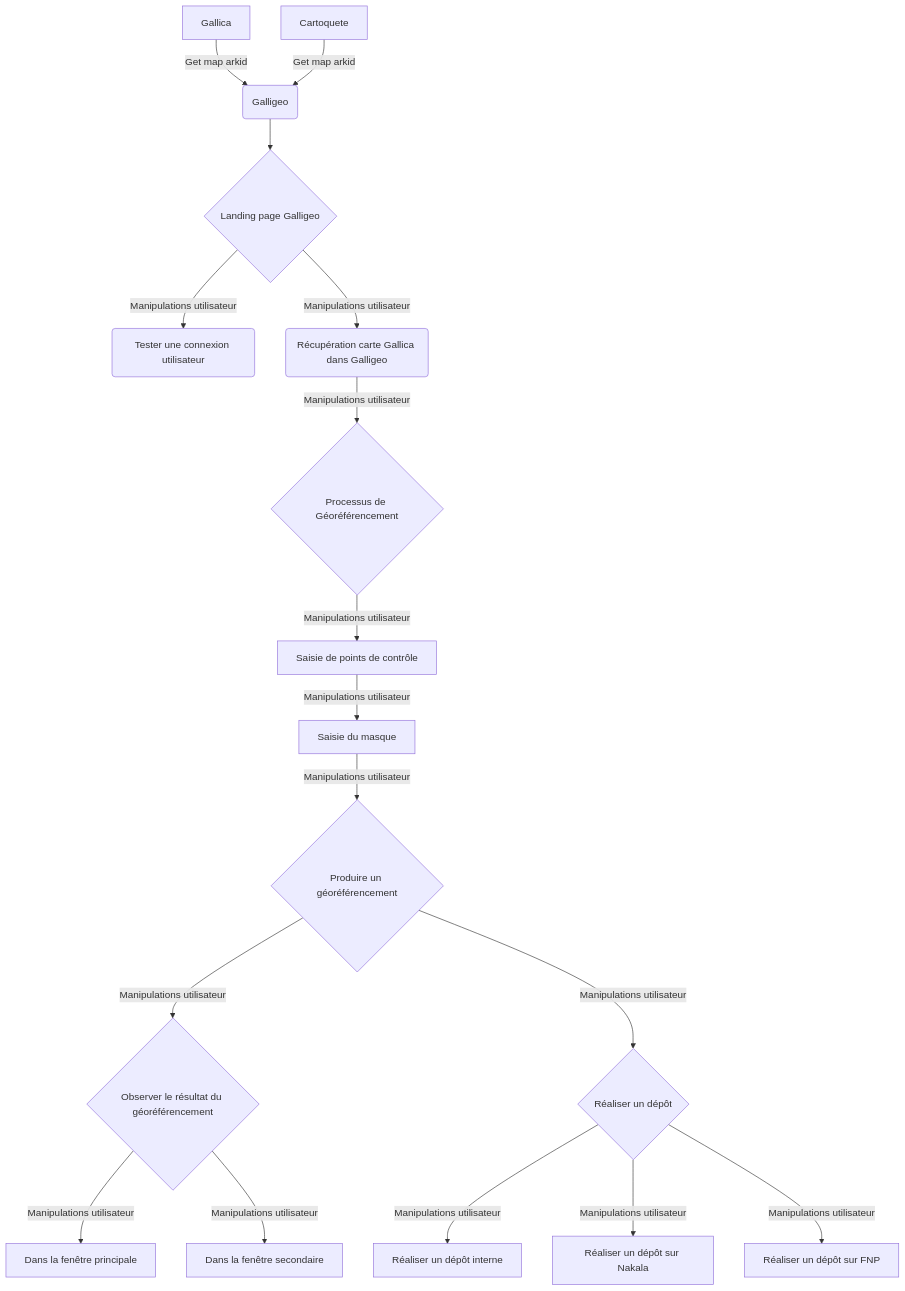
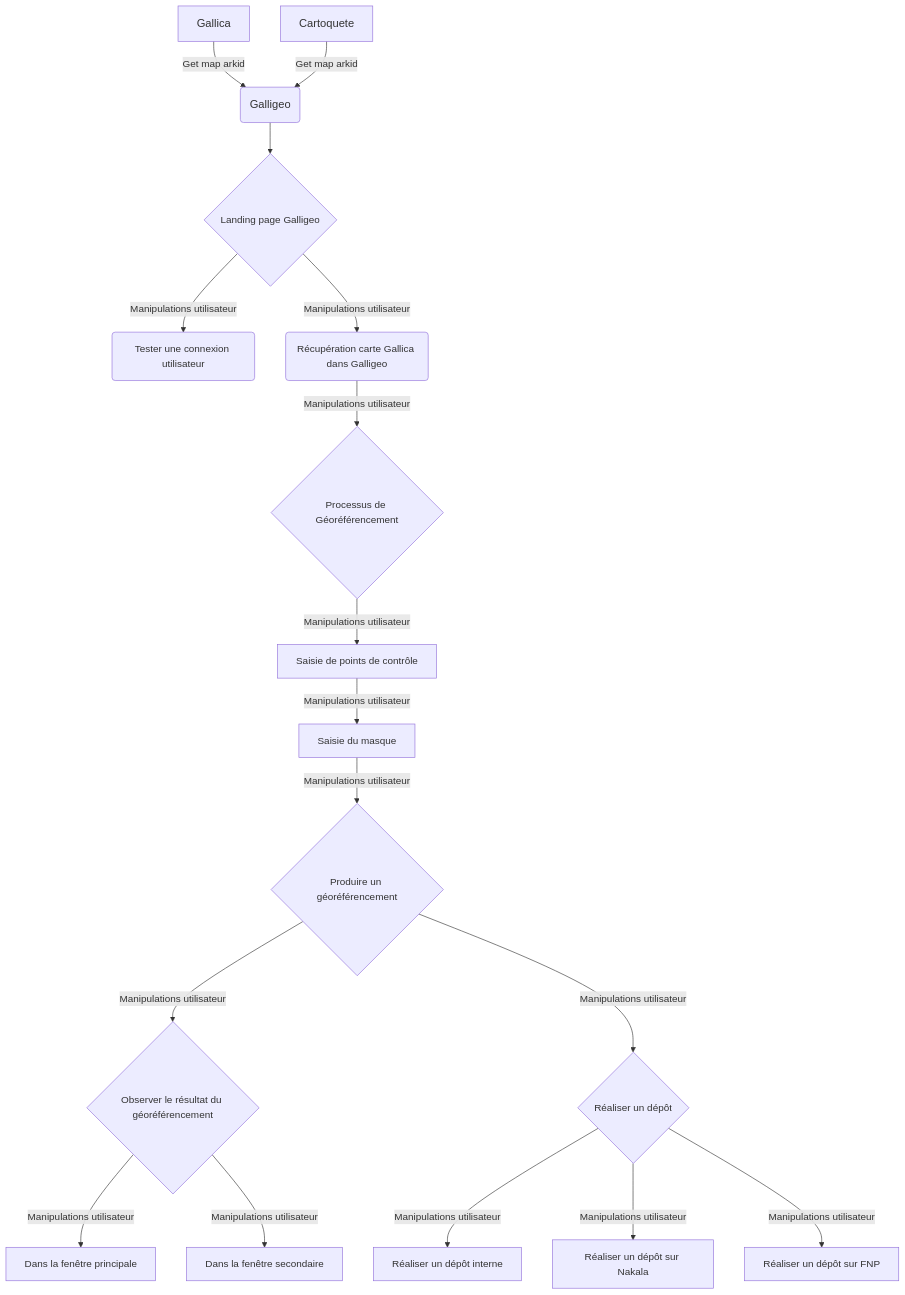
One commit to paristimemachine/galligeo changed the diagram in PARCOURS_UTILISATEURS.md. Above: the diagram before and after it, drawn with Mermaid.

Commit message:
police sizes

````diff
--- a/PARCOURS_UTILISATEURS.md
+++ b/PARCOURS_UTILISATEURS.md
@@ -3,19 +3,22 @@
 ```mermaid
 flowchart TD
+    style A1 font-size:18px
+    style A2 font-size:18px
+    style B font-size:18px
     A1[Gallica] -->|Get map arkid| B(Galligeo)
     A2[Cartoquete] -->|Get map arkid| B(Galligeo)
     B --> C{Landing page Galligeo}
         C -->|Manipulations utilisateur| D1(Tester une connexion utilisateur)
         C -->|Manipulations utilisateur| D2(Récupération carte Gallica dans Galligeo)
         D2 -->|Manipulations utilisateur| E{Processus de Géoréférencement}
         E -->|Manipulations utilisateur| F[Saisie de points de contrôle]
         F -->|Manipulations utilisateur| G[Saisie du masque]
         G -->|Manipulations utilisateur| H{Produire un géoréférencement}
         H -->|Manipulations utilisateur| I{Observer le résultat du géoréférencement}
             I -->|Manipulations utilisateur| I1[Dans la fenêtre principale]
             I -->|Manipulations utilisateur| I2[Dans la fenêtre secondaire]
         H -->|Manipulations utilisateur| J{Réaliser un dépôt}
             J -->|Manipulations utilisateur| K1[Réaliser un dépôt interne]
             J -->|Manipulations utilisateur| K2[Réaliser un dépôt sur Nakala]
             J -->|Manipulations utilisateur| K3[Réaliser un dépôt sur FNP]
 ```
````
